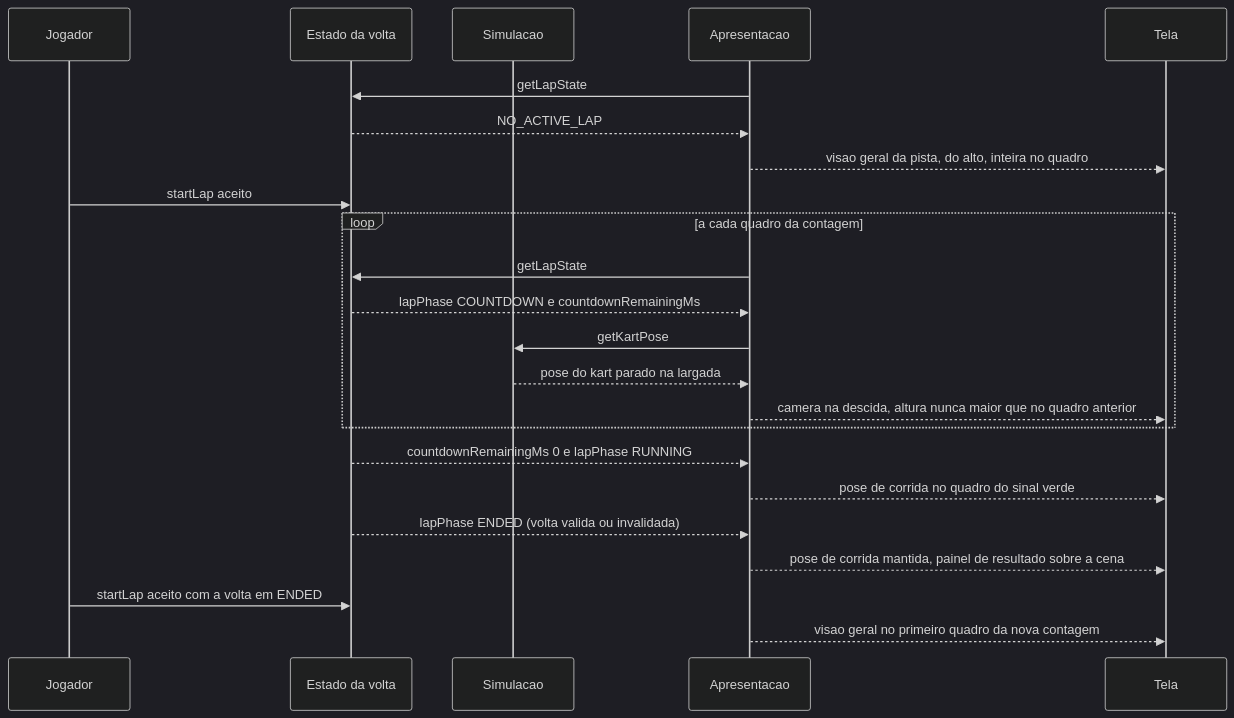
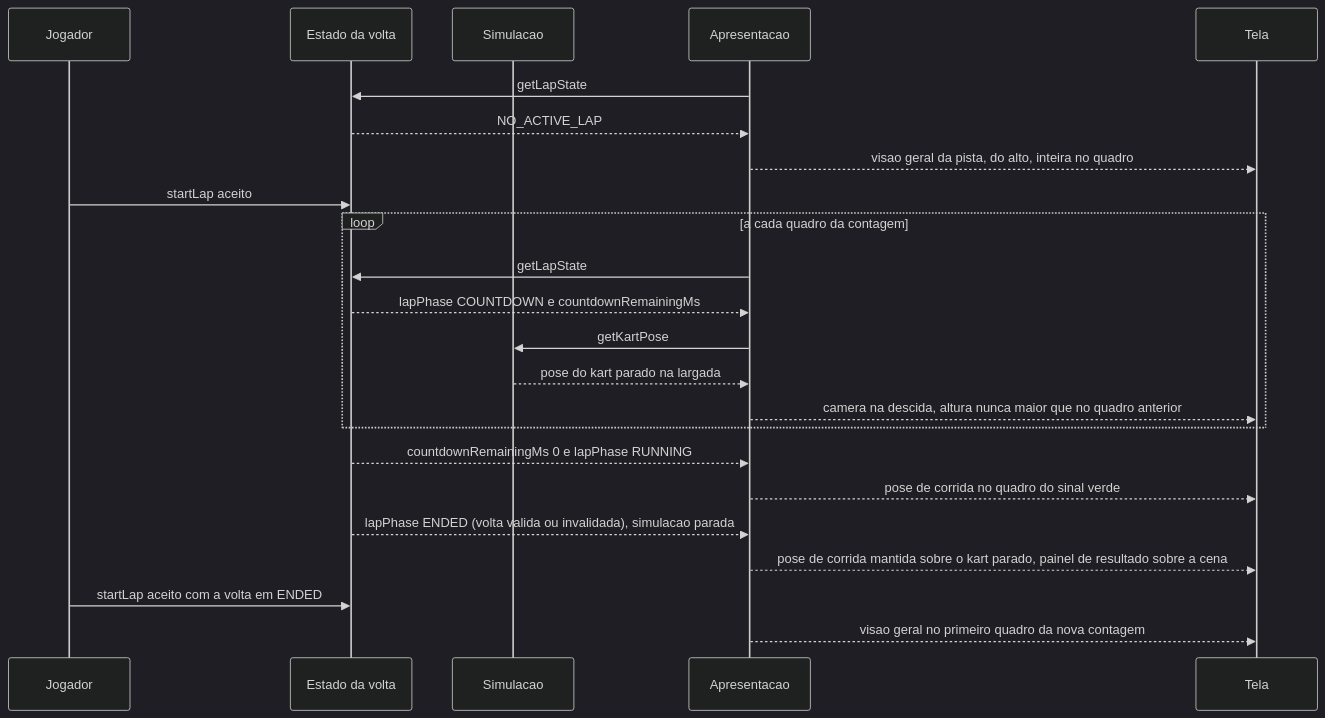
The diagram in 300 Specs/320 F-Specs/Output/modelo-kart-01/flows/FLOW-0002-largada-visao-geral-descida-e-pose-de-corrida.md (edumatosr6-svg/kartle-staging), drawn with Mermaid (dark theme) before and after one commit. The commit also changed other lines of this file and 28 other files, not shown here.

Commit message:
modelo-kart-01: F-Spec e D-Spec revalidados (kart congela após a volta; decisão só da câmera)

````diff
--- a/300 Specs/320 F-Specs/Output/modelo-kart-01/flows/FLOW-0002-largada-visao-geral-descida-e-pose-de-corrida.md
+++ b/300 Specs/320 F-Specs/Output/modelo-kart-01/flows/FLOW-0002-largada-visao-geral-descida-e-pose-de-corrida.md
@@ -23,25 +24,25 @@
 ```mermaid
 sequenceDiagram
     participant J as Jogador
     participant V as Estado da volta
     participant S as Simulacao
     participant A as Apresentacao
     participant T as Tela
     A->>V: getLapState
     V-->>A: NO_ACTIVE_LAP
     A-->>T: visao geral da pista, do alto, inteira no quadro
     J->>V: startLap aceito
     loop a cada quadro da contagem
         A->>V: getLapState
         V-->>A: lapPhase COUNTDOWN e countdownRemainingMs
         A->>S: getKartPose
         S-->>A: pose do kart parado na largada
         A-->>T: camera na descida, altura nunca maior que no quadro anterior
     end
     V-->>A: countdownRemainingMs 0 e lapPhase RUNNING
     A-->>T: pose de corrida no quadro do sinal verde
-    V-->>A: lapPhase ENDED (volta valida ou invalidada)
-    A-->>T: pose de corrida mantida, painel de resultado sobre a cena
+    V-->>A: lapPhase ENDED (volta valida ou invalidada), simulacao parada
+    A-->>T: pose de corrida mantida sobre o kart parado, painel de resultado sobre a cena
     J->>V: startLap aceito com a volta em ENDED
     A-->>T: visao geral no primeiro quadro da nova contagem
 ```
````
